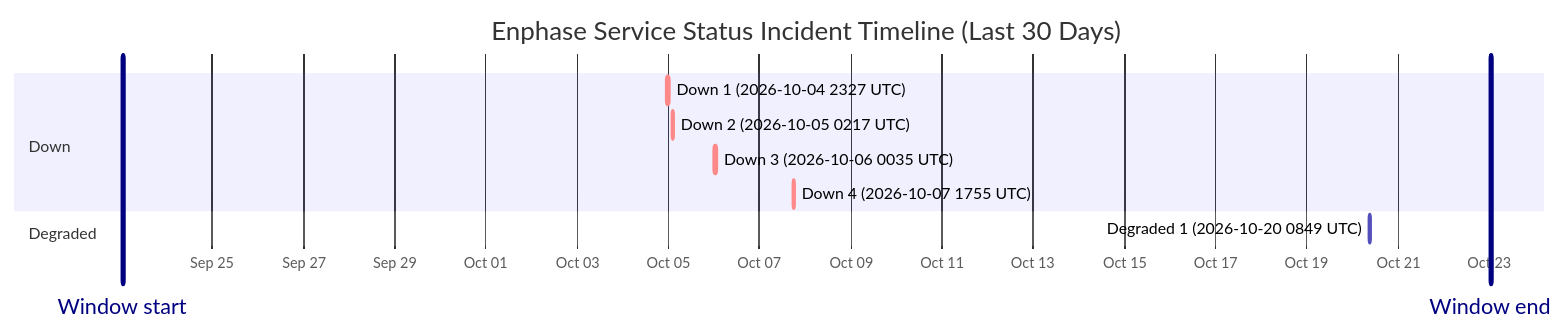
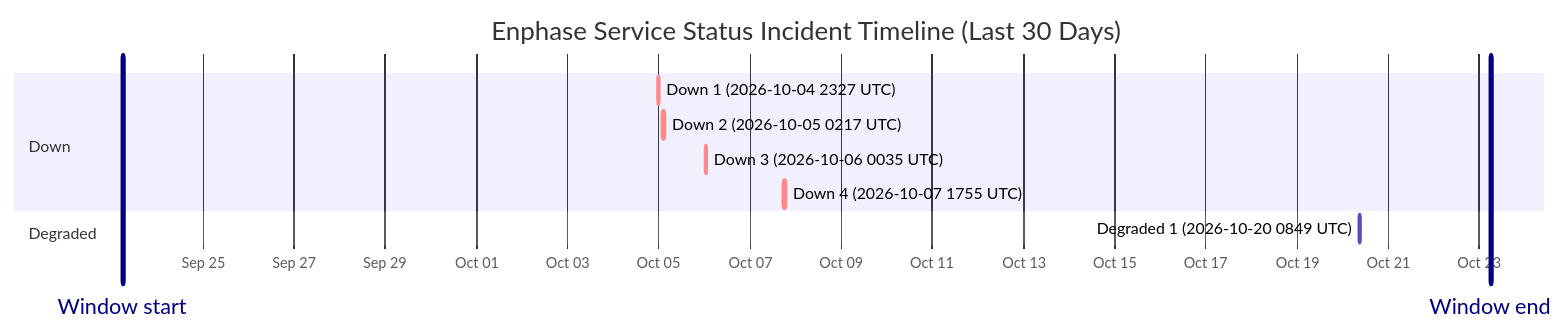
Before and after one commit to barneyonline/ha-enphase-energy: the diagram in wiki/Service-Status-History.md, drawn with Mermaid. The commit also changed other lines of this file and 3 other files, not shown here.

````diff
--- a/wiki/Service-Status-History.md
+++ b/wiki/Service-Status-History.md
@@ -14,15 +14,15 @@
 ```mermaid
 gantt
     title Enphase Service Status Incident Timeline (Last 30 Days)
     dateFormat  YYYY-MM-DDTHH:mm:ss
     axisFormat  %b %d
-    Window start :vert, window-start, 2026-09-23T00:48:28, 0ms
-    Window end :vert, window-end, 2026-10-23T00:48:28, 0ms
+    Window start :vert, window-start, 2026-09-23T05:44:17, 0ms
+    Window end :vert, window-end, 2026-10-23T05:44:17, 0ms
     section Down
     Down 1 (2026-10-04 2327 UTC) :crit, down-1, 2026-10-04T23:27:34, 60m
     Down 2 (2026-10-05 0217 UTC) :crit, down-2, 2026-10-05T02:17:30, 60m
     Down 3 (2026-10-06 0035 UTC) :crit, down-3, 2026-10-06T00:35:21, 60m
     Down 4 (2026-10-07 1755 UTC) :crit, down-4, 2026-10-07T17:55:16, 60m
     section Degraded
     Degraded 1 (2026-10-20 0849 UTC) :active, degraded-1, 2026-10-20T08:49:49, 60m
 ```
````
